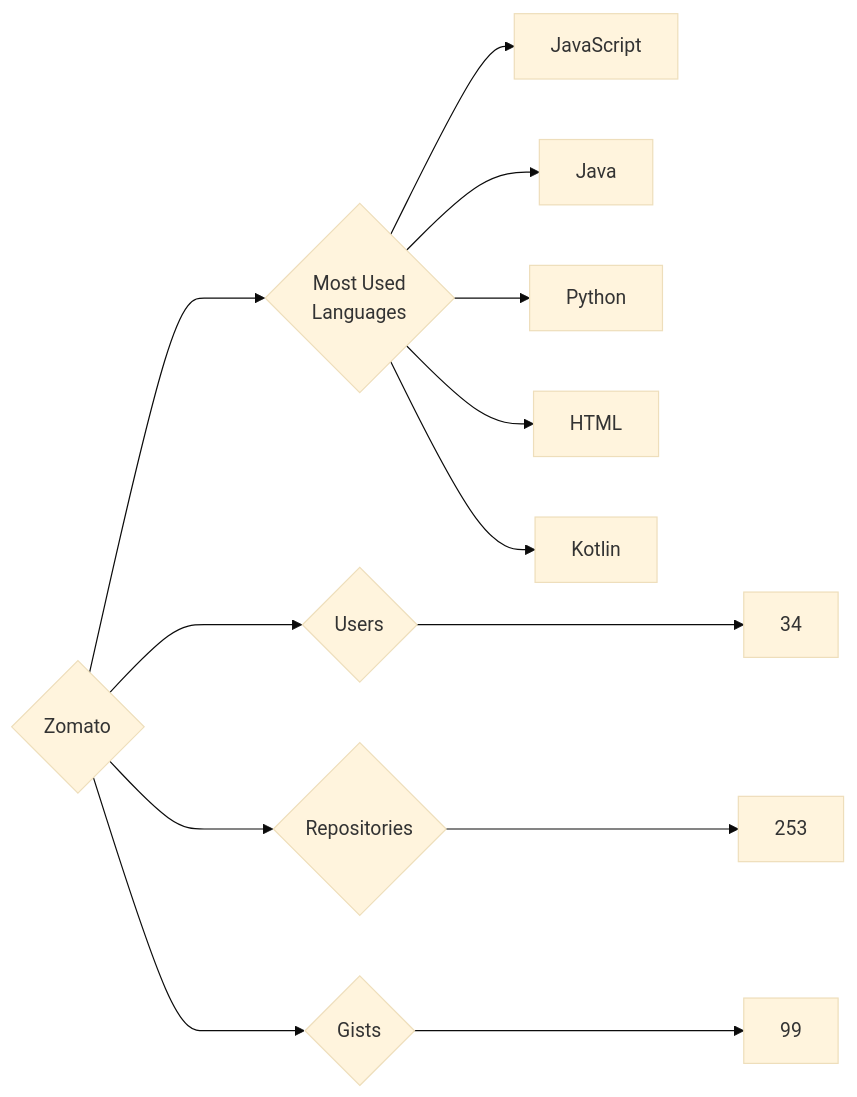
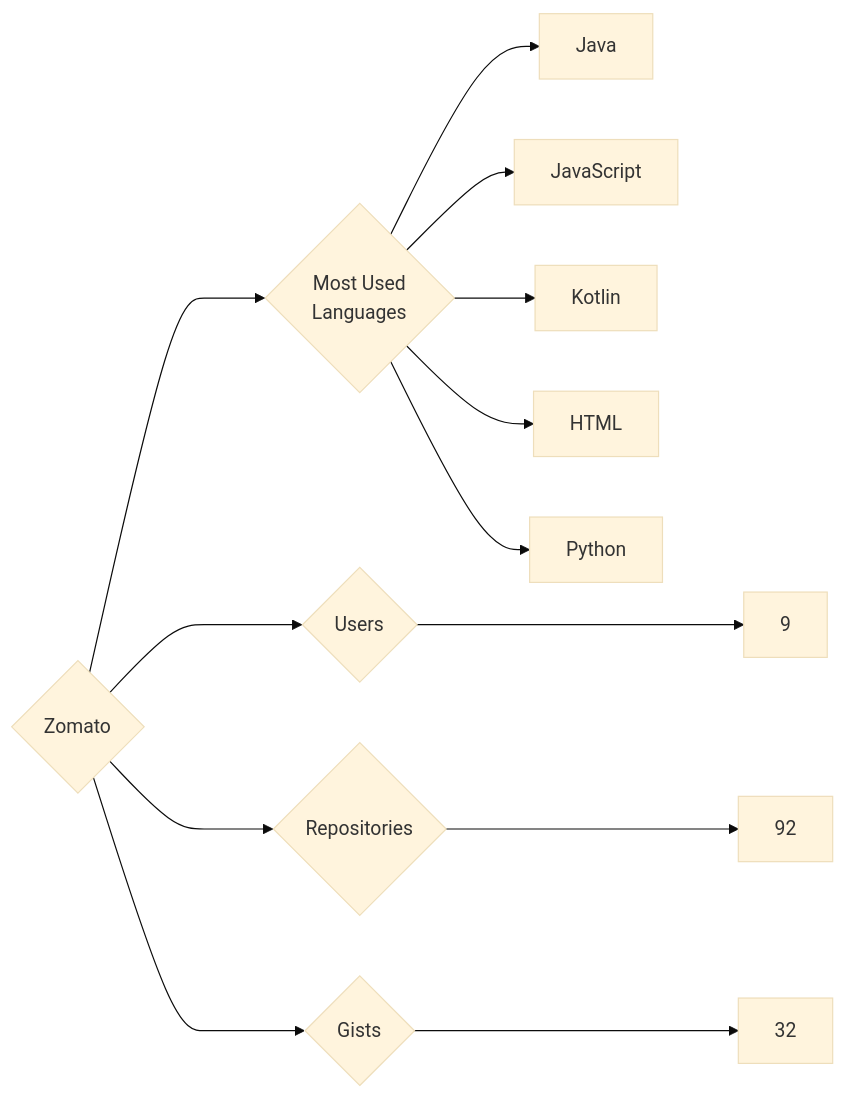
One commit to trickest/insiders changed the diagram in targets/Zomato/README.md. Above: the diagram before and after it, drawn with Mermaid (base theme). The commit also changed 953 other files, not shown here.

````diff
--- a/targets/Zomato/README.md
+++ b/targets/Zomato/README.md
@@ -3,13 +3,13 @@
 ```mermaid
 graph LR
 COMPANY_NAME{Zomato}
-COMPANY_NAME ---> U{Users} ---> UN[34]
-COMPANY_NAME ---> R{Repositories} ---> RN[253]
-COMPANY_NAME ---> G{Gists} ---> GN[99]
+COMPANY_NAME ---> U{Users} ---> UN[9]
+COMPANY_NAME ---> R{Repositories} ---> RN[92]
+COMPANY_NAME ---> G{Gists} ---> GN[32]
 COMPANY_NAME ---> ML{Most Used<br>Languages}
+ML --> Java[Java]
 ML --> JavaScript[JavaScript]
-ML --> Java[Java]
+ML --> Kotlin[Kotlin]
+ML --> HTML[HTML]
 ML --> Python[Python]
-ML --> HTML[HTML]
-ML --> Kotlin[Kotlin]
 ```
````
